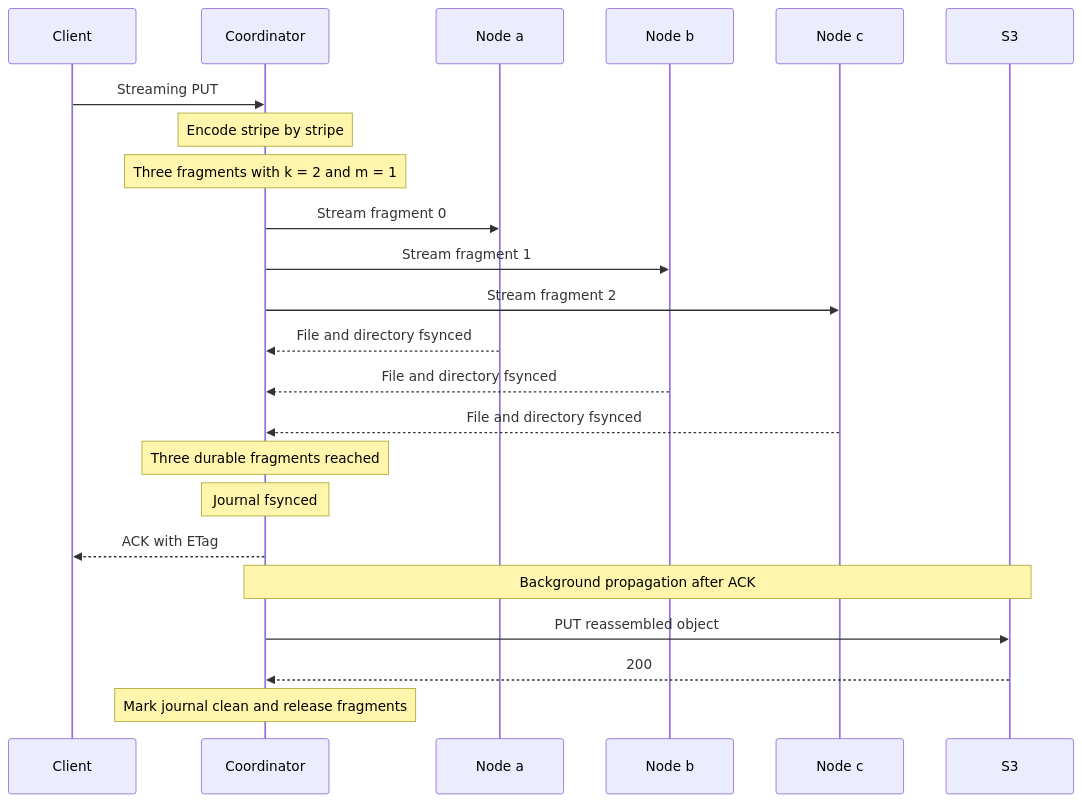
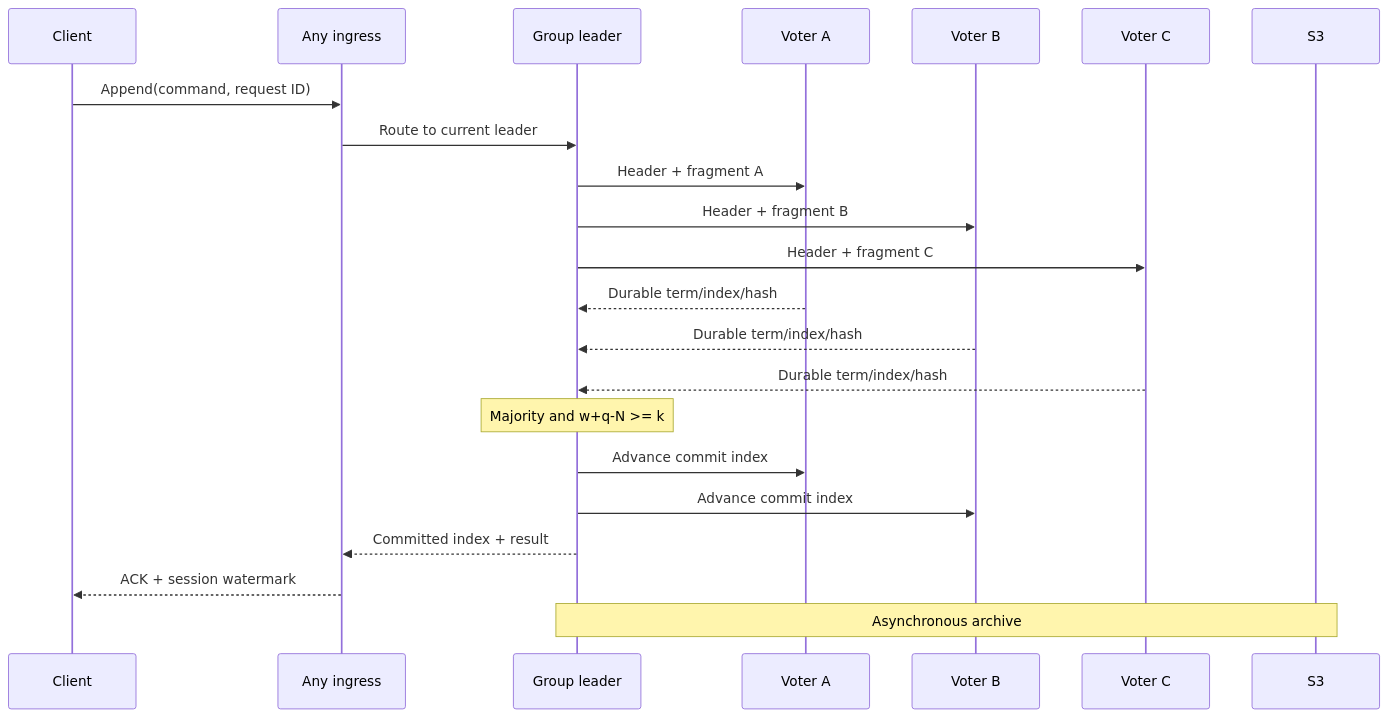
Before and after one commit to verglas-org/verglas: the fifth of 6 diagrams in docs/architecture/whitepaper.mdx, drawn with Mermaid. The commit also changed other lines of this file, not shown here.

Commit message:
Define coded consensus core architecture (#135)

````diff
--- a/docs/architecture/whitepaper.mdx
+++ b/docs/architecture/whitepaper.mdx
@@ -404,26 +418,25 @@
 ```mermaid
 sequenceDiagram
-    participant Client
-    participant C as Coordinator
-    participant NA as Node a
-    participant NB as Node b
-    participant NC as Node c
+    participant C as Client
+    participant I as Any ingress
+    participant L as Group leader
+    participant A as Voter A
+    participant B as Voter B
+    participant D as Voter C
     participant S3
 
-    Client->>C: Streaming PUT
-    Note over C: Encode stripe by stripe
-    Note over C: Three fragments with k = 2 and m = 1
-    C->>NA: Stream fragment 0
-    C->>NB: Stream fragment 1
-    C->>NC: Stream fragment 2
-    NA-->>C: File and directory fsynced
-    NB-->>C: File and directory fsynced
-    NC-->>C: File and directory fsynced
-    Note over C: Three durable fragments reached
-    Note over C: Journal fsynced
-    C-->>Client: ACK with ETag
-    Note over C,S3: Background propagation after ACK
-    C->>S3: PUT reassembled object
-    S3-->>C: 200
-    Note over C: Mark journal clean and release fragments
+    C->>I: Append(command, request ID)
+    I->>L: Route to current leader
+    L->>A: Header + fragment A
+    L->>B: Header + fragment B
+    L->>D: Header + fragment C
+    A-->>L: Durable term/index/hash
+    B-->>L: Durable term/index/hash
+    D-->>L: Durable term/index/hash
+    Note over L: Majority and w+q-N >= k
+    L->>A: Advance commit index
+    L->>B: Advance commit index
+    L-->>I: Committed index + result
+    I-->>C: ACK + session watermark
+    Note over L,S3: Asynchronous archive
 ```
````
